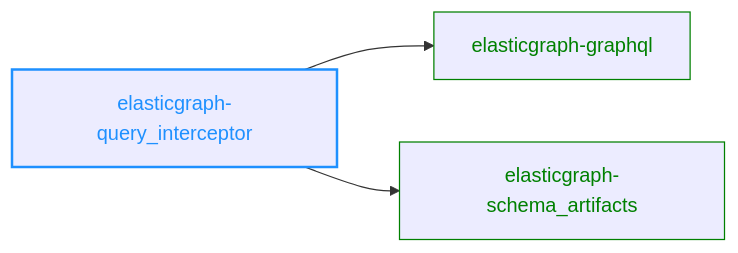
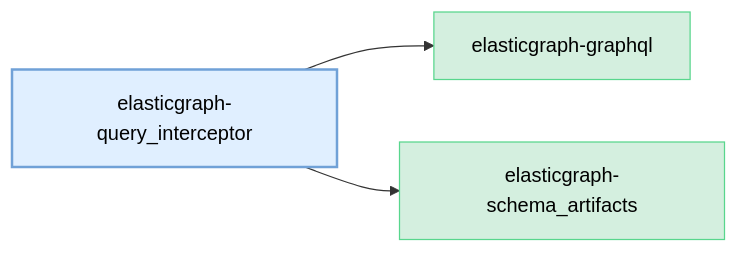
The diagram in elasticgraph-query_interceptor/README.md (block/elasticgraph), drawn with Mermaid before and after one commit. The commit also changed 23 other files, not shown here.

````diff
--- a/elasticgraph-query_interceptor/README.md
+++ b/elasticgraph-query_interceptor/README.md
@@ -9,11 +9,14 @@
 ```mermaid
 graph LR;
+    classDef currentGemStyle fill:#E0EFFF,stroke:#70A1D7,color:#000,stroke-width:2px;
+    classDef internalEgGemStyle fill:#D4EFDF,stroke:#58D68D,color:#000;
+    classDef externalGemStyle fill:#FADBD8,stroke:#EC7063,color:#000;
     elasticgraph-query_interceptor["elasticgraph-query_interceptor"];
+    class elasticgraph-query_interceptor currentGemStyle;
     elasticgraph-graphql["elasticgraph-graphql"];
     elasticgraph-query_interceptor --> elasticgraph-graphql;
+    class elasticgraph-graphql internalEgGemStyle;
     elasticgraph-schema_artifacts["elasticgraph-schema_artifacts"];
     elasticgraph-query_interceptor --> elasticgraph-schema_artifacts;
-    style elasticgraph-query_interceptor color:DodgerBlue,stroke-width:2px,stroke:DodgerBlue;
-    style elasticgraph-graphql color:Green,stroke:Green;
-    style elasticgraph-schema_artifacts color:Green,stroke:Green;
+    class elasticgraph-schema_artifacts internalEgGemStyle;
 ```
````
